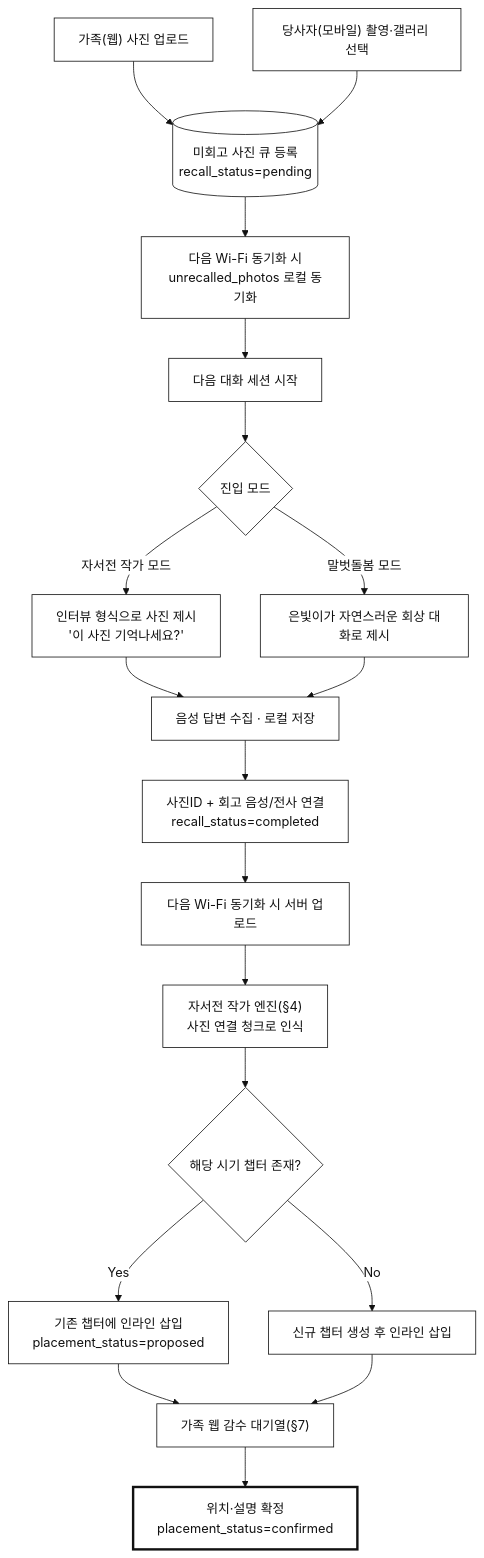
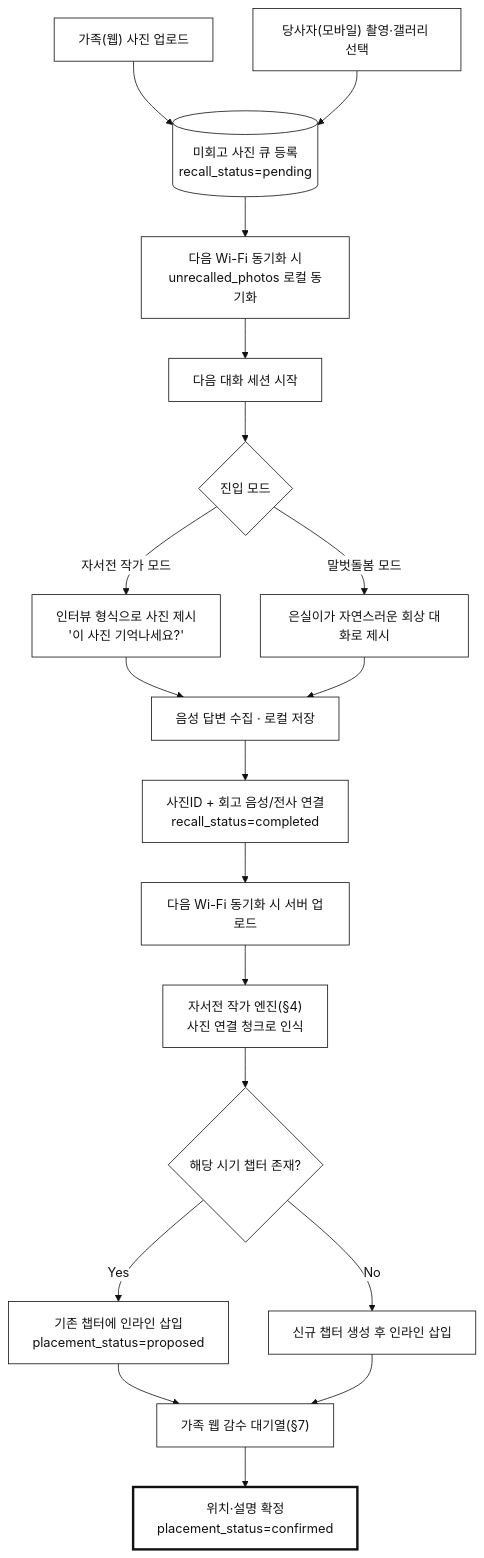
One commit to boheni07/SilverYarn changed the seventh of 23 diagrams in docs/02-design/workflow-diagrams.md. Above: the diagram before and after it, drawn with Mermaid. The commit also changed other lines of this file and 10 other files, not shown here.

````diff
--- a/docs/02-design/workflow-diagrams.md
+++ b/docs/02-design/workflow-diagrams.md
@@ -265,24 +265,24 @@
 ```mermaid
 %%{init: {'theme':'base', 'themeVariables': {'primaryColor':'#ffffff','primaryTextColor':'#111111','primaryBorderColor':'#111111','lineColor':'#111111','background':'#ffffff','mainBkg':'#ffffff','textColor':'#111111','edgeLabelBackground':'#ffffff'}}}%%
 flowchart TD
     U1["가족(웹) 사진 업로드"] --> Q[("미회고 사진 큐 등록<br/>recall_status=pending")]
     U2["당사자(모바일) 촬영·갤러리 선택"] --> Q
     Q --> Sync["다음 Wi-Fi 동기화 시<br/>unrecalled_photos 로컬 동기화"]
     Sync --> Session["다음 대화 세션 시작"]
     Session --> Mode{"진입 모드"}
     Mode -- "자서전 작가 모드" --> Author["인터뷰 형식으로 사진 제시<br/>'이 사진 기억나세요?'"]
-    Mode -- "말벗돌봄 모드" --> Care["은빛이가 자연스러운 회상 대화로 제시"]
+    Mode -- "말벗돌봄 모드" --> Care["은실이가 자연스러운 회상 대화로 제시"]
     Author --> Answer["음성 답변 수집 · 로컬 저장"]
     Care --> Answer
     Answer --> Link["사진ID + 회고 음성/전사 연결<br/>recall_status=completed"]
     Link --> Upload["다음 Wi-Fi 동기화 시 서버 업로드"]
     Upload --> Engine["자서전 작가 엔진(§4)<br/>사진 연결 청크로 인식"]
     Engine --> Exist{"해당 시기 챕터 존재?"}
     Exist -- "Yes" --> Update["기존 챕터에 인라인 삽입<br/>placement_status=proposed"]
     Exist -- "No" --> New["신규 챕터 생성 후 인라인 삽입"]
     Update --> Review["가족 웹 감수 대기열(§7)"]
     New --> Review
     Review --> Confirm["위치·설명 확정<br/>placement_status=confirmed"]:::strong
 
     classDef strong fill:#ffffff,color:#111111,stroke:#111111,stroke-width:3px;
 ```
````
